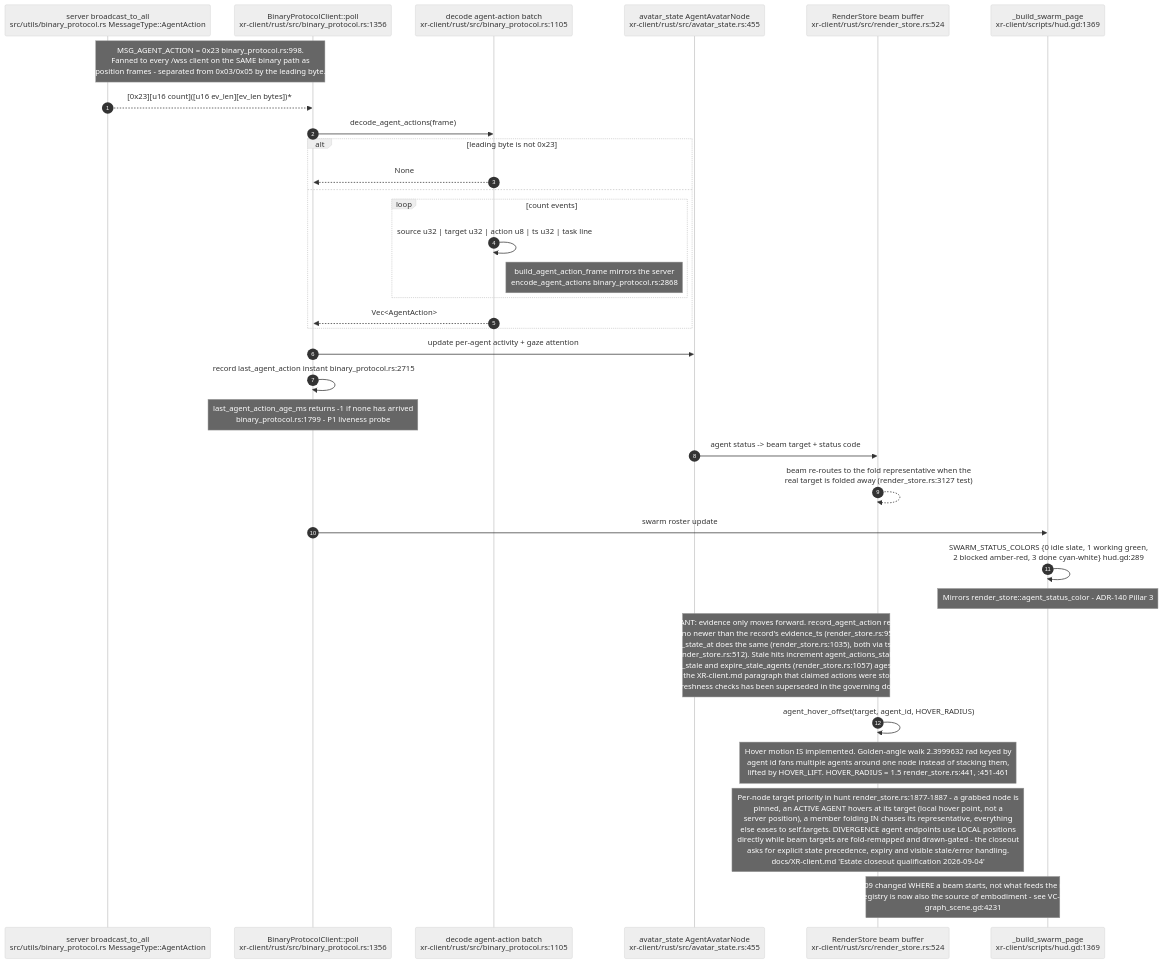
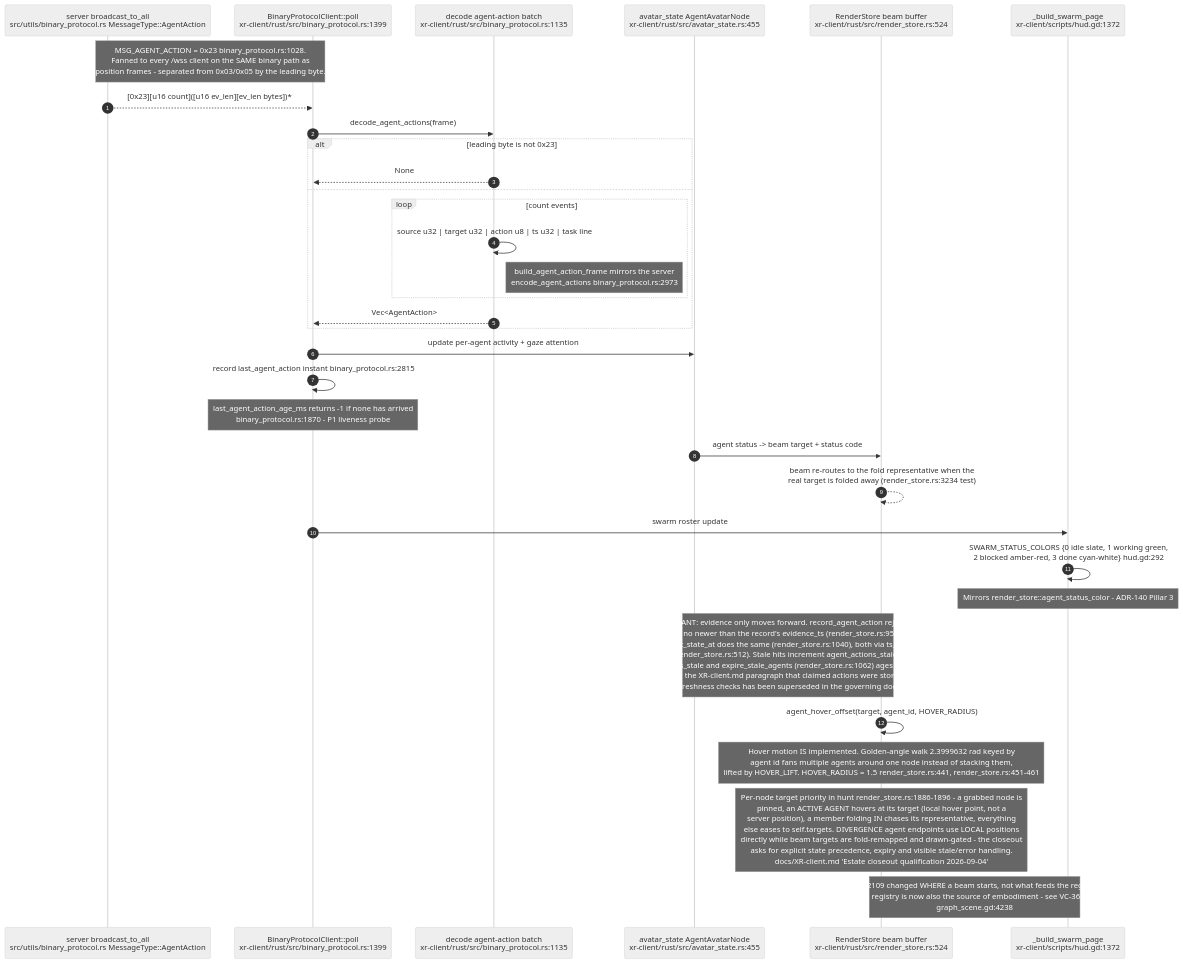
One commit to DreamLab-AI/VisionFlow changed the ninth of 30 diagrams in docs/diagrams/visionclaw/36-godot-xr-client.md. Above: the diagram before and after it, drawn with Mermaid (neutral theme). The commit also changed other lines of this file and 24 other files, not shown here.

Commit message:
docs: align XR liveness, filtering and rendering diagrams (#33)

````diff
--- a/docs/diagrams/visionclaw/36-godot-xr-client.md
+++ b/docs/diagrams/visionclaw/36-godot-xr-client.md
@@ -556,36 +569,36 @@
 ```mermaid
 sequenceDiagram
     autonumber
     participant SV as server broadcast_to_all<br/>src/utils/binary_protocol.rs MessageType::AgentAction
-    participant BP as BinaryProtocolClient::poll<br/>xr-client/rust/src/binary_protocol.rs:1356
-    participant DA as decode agent-action batch<br/>xr-client/rust/src/binary_protocol.rs:1105
+    participant BP as BinaryProtocolClient::poll<br/>xr-client/rust/src/binary_protocol.rs:1399
+    participant DA as decode agent-action batch<br/>xr-client/rust/src/binary_protocol.rs:1135
     participant AS as avatar_state AgentAvatarNode<br/>xr-client/rust/src/avatar_state.rs:455
     participant RS as RenderStore beam buffer<br/>xr-client/rust/src/render_store.rs:524
-    participant HD as _build_swarm_page<br/>xr-client/scripts/hud.gd:1369
+    participant HD as _build_swarm_page<br/>xr-client/scripts/hud.gd:1372
 
-    Note over SV,BP: MSG_AGENT_ACTION = 0x23 binary_protocol.rs:998.<br/>Fanned to every /wss client on the SAME binary path as<br/>position frames - separated from 0x03/0x05 by the leading byte.
+    Note over SV,BP: MSG_AGENT_ACTION = 0x23 binary_protocol.rs:1028.<br/>Fanned to every /wss client on the SAME binary path as<br/>position frames - separated from 0x03/0x05 by the leading byte.
     SV-->>BP: [0x23][u16 count]([u16 ev_len][ev_len bytes])*
     BP->>DA: decode_agent_actions(frame)
     alt leading byte is not 0x23
         DA-->>BP: None
     else
         loop count events
             DA->>DA: source u32 | target u32 | action u8 | ts u32 | task line
-            Note right of DA: build_agent_action_frame mirrors the server<br/>encode_agent_actions binary_protocol.rs:2868
+            Note right of DA: build_agent_action_frame mirrors the server<br/>encode_agent_actions binary_protocol.rs:2973
         end
         DA-->>BP: Vec<AgentAction>
     end
     BP->>AS: update per-agent activity + gaze attention
-    BP->>BP: record last_agent_action instant binary_protocol.rs:2715
-    Note over BP: last_agent_action_age_ms returns -1 if none has arrived<br/>binary_protocol.rs:1799 - P1 liveness probe
+    BP->>BP: record last_agent_action instant binary_protocol.rs:2815
+    Note over BP: last_agent_action_age_ms returns -1 if none has arrived<br/>binary_protocol.rs:1870 - P1 liveness probe
     AS->>RS: agent status -> beam target + status code
-    RS-->>RS: beam re-routes to the fold representative when the<br/>real target is folded away (render_store.rs:3127 test)
+    RS-->>RS: beam re-routes to the fold representative when the<br/>real target is folded away (render_store.rs:3234 test)
     BP->>HD: swarm roster update
-    HD->>HD: SWARM_STATUS_COLORS {0 idle slate, 1 working green,<br/>2 blocked amber-red, 3 done cyan-white} hud.gd:289
+    HD->>HD: SWARM_STATUS_COLORS {0 idle slate, 1 working green,<br/>2 blocked amber-red, 3 done cyan-white} hud.gd:292
     Note over HD: Mirrors render_store::agent_status_color - ADR-140 Pillar 3
-    Note over AS,RS: INVARIANT: evidence only moves forward. record_agent_action rejects an<br/>action no newer than the record's evidence_ts (render_store.rs:954) and<br/>set_agent_state_at does the same (render_store.rs:1035), both via ts_is_newer<br/>(render_store.rs:512). Stale hits increment agent_actions_stale /<br/>agent_states_stale and expire_stale_agents (render_store.rs:1057) ages records out.<br/>RESOLVED: the XR-client.md paragraph that claimed actions were stored without<br/>freshness checks has been superseded in the governing doc
+    Note over AS,RS: INVARIANT: evidence only moves forward. record_agent_action rejects an<br/>action no newer than the record's evidence_ts (render_store.rs:959) and<br/>set_agent_state_at does the same (render_store.rs:1040), both via ts_is_newer<br/>(render_store.rs:512). Stale hits increment agent_actions_stale /<br/>agent_states_stale and expire_stale_agents (render_store.rs:1062) ages records out.<br/>RESOLVED: the XR-client.md paragraph that claimed actions were stored without<br/>freshness checks has been superseded in the governing doc
     RS->>RS: agent_hover_offset(target, agent_id, HOVER_RADIUS)
-    Note over RS: Hover motion IS implemented. Golden-angle walk 2.3999632 rad keyed by<br/>agent id fans multiple agents around one node instead of stacking them,<br/>lifted by HOVER_LIFT. HOVER_RADIUS = 1.5 render_store.rs:441, :451-461
-    Note over RS: Per-node target priority in hunt render_store.rs:1877-1887 - a grabbed node is<br/>pinned, an ACTIVE AGENT hovers at its target (local hover point, not a<br/>server position), a member folding IN chases its representative, everything<br/>else eases to self.targets. DIVERGENCE agent endpoints use LOCAL positions<br/>directly while beam targets are fold-remapped and drawn-gated - the closeout<br/>asks for explicit state precedence, expiry and visible stale/error handling.<br/>docs/XR-client.md 'Estate closeout qualification 2026-09-04'
-    Note over RS,HD: ADR-2109 changed WHERE a beam starts, not what feeds the registry.<br/>The registry is now also the source of embodiment - see VC-36.21.<br/>graph_scene.gd:4231
+    Note over RS: Hover motion IS implemented. Golden-angle walk 2.3999632 rad keyed by<br/>agent id fans multiple agents around one node instead of stacking them,<br/>lifted by HOVER_LIFT. HOVER_RADIUS = 1.5 render_store.rs:441, render_store.rs:451-461
+    Note over RS: Per-node target priority in hunt render_store.rs:1886-1896 - a grabbed node is<br/>pinned, an ACTIVE AGENT hovers at its target (local hover point, not a<br/>server position), a member folding IN chases its representative, everything<br/>else eases to self.targets. DIVERGENCE agent endpoints use LOCAL positions<br/>directly while beam targets are fold-remapped and drawn-gated - the closeout<br/>asks for explicit state precedence, expiry and visible stale/error handling.<br/>docs/XR-client.md 'Estate closeout qualification 2026-09-04'
+    Note over RS,HD: ADR-2109 changed WHERE a beam starts, not what feeds the registry.<br/>The registry is now also the source of embodiment - see VC-36.21.<br/>graph_scene.gd:4238
 ```
````
